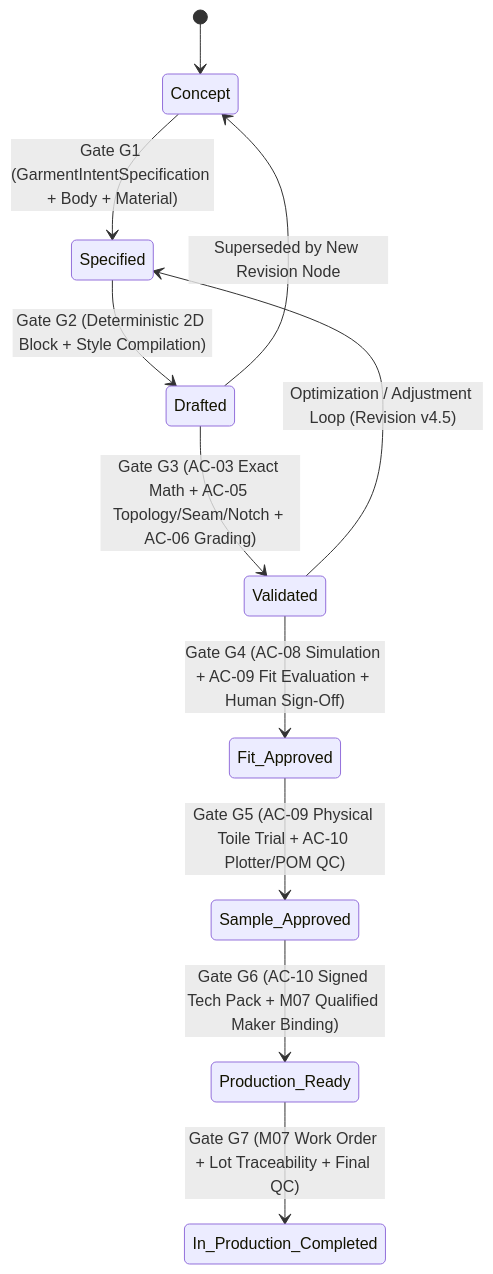
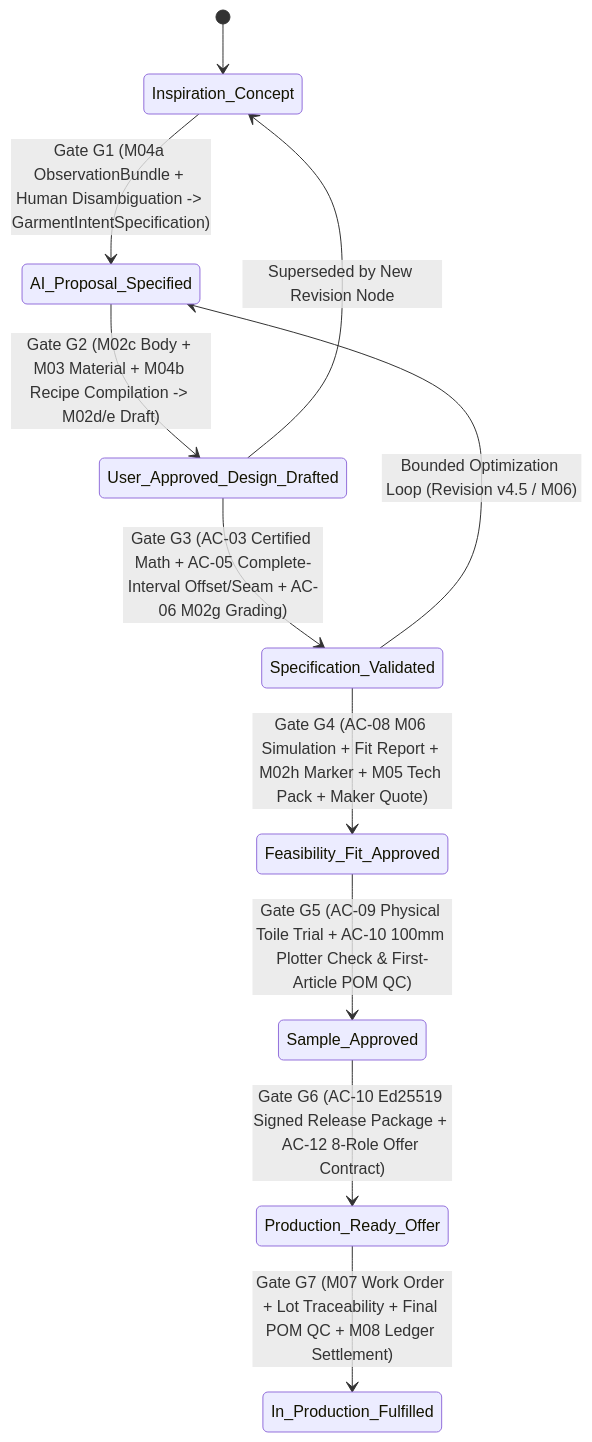
The diagram in plan/10_RELEASE_AND_GOVERNANCE_POLICY.md (bobcris/Patroner-), drawn with Mermaid before and after one commit. The commit also changed other lines of this file and 32 other files, not shown here.

````diff
--- a/plan/10_RELEASE_AND_GOVERNANCE_POLICY.md
+++ b/plan/10_RELEASE_AND_GOVERNANCE_POLICY.md
@@ -13,13 +13,13 @@
 ```mermaid
 stateDiagram-v2
-  [*] --> Concept
-  Concept --> Specified : Gate G1 (GarmentIntentSpecification + Body + Material)
-  Specified --> Drafted : Gate G2 (Deterministic 2D Block + Style Compilation)
-  Drafted --> Validated : Gate G3 (AC-03 Exact Math + AC-05 Topology/Seam/Notch + AC-06 Grading)
-  Validated --> Fit_Approved : Gate G4 (AC-08 Simulation + AC-09 Fit Evaluation + Human Sign-Off)
-  Fit_Approved --> Sample_Approved : Gate G5 (AC-09 Physical Toile Trial + AC-10 Plotter/POM QC)
-  Sample_Approved --> Production_Ready : Gate G6 (AC-10 Signed Tech Pack + M07 Qualified Maker Binding)
-  Production_Ready --> In_Production_Completed : Gate G7 (M07 Work Order + Lot Traceability + Final QC)
-  Drafted --> Concept : Superseded by New Revision Node
-  Validated --> Specified : Optimization / Adjustment Loop (Revision v4.5)
+  [*] --> Inspiration_Concept
+  Inspiration_Concept --> AI_Proposal_Specified : Gate G1 (M04a ObservationBundle + Human Disambiguation -> GarmentIntentSpecification)
+  AI_Proposal_Specified --> User_Approved_Design_Drafted : Gate G2 (M02c Body + M03 Material + M04b Recipe Compilation -> M02d/e Draft)
+  User_Approved_Design_Drafted --> Specification_Validated : Gate G3 (AC-03 Certified Math + AC-05 Complete-Interval Offset/Seam + AC-06 M02g Grading)
+  Specification_Validated --> Feasibility_Fit_Approved : Gate G4 (AC-08 M06 Simulation + Fit Report + M02h Marker + M05 Tech Pack + Maker Quote)
+  Feasibility_Fit_Approved --> Sample_Approved : Gate G5 (AC-09 Physical Toile Trial + AC-10 100mm Plotter Check & First-Article POM QC)
+  Sample_Approved --> Production_Ready_Offer : Gate G6 (AC-10 Ed25519 Signed Release Package + AC-12 8-Role Offer Contract)
+  Production_Ready_Offer --> In_Production_Fulfilled : Gate G7 (M07 Work Order + Lot Traceability + Final POM QC + M08 Ledger Settlement)
+  User_Approved_Design_Drafted --> Inspiration_Concept : Superseded by New Revision Node
+  Specification_Validated --> AI_Proposal_Specified : Bounded Optimization Loop (Revision v4.5 / M06)
 ```
````
